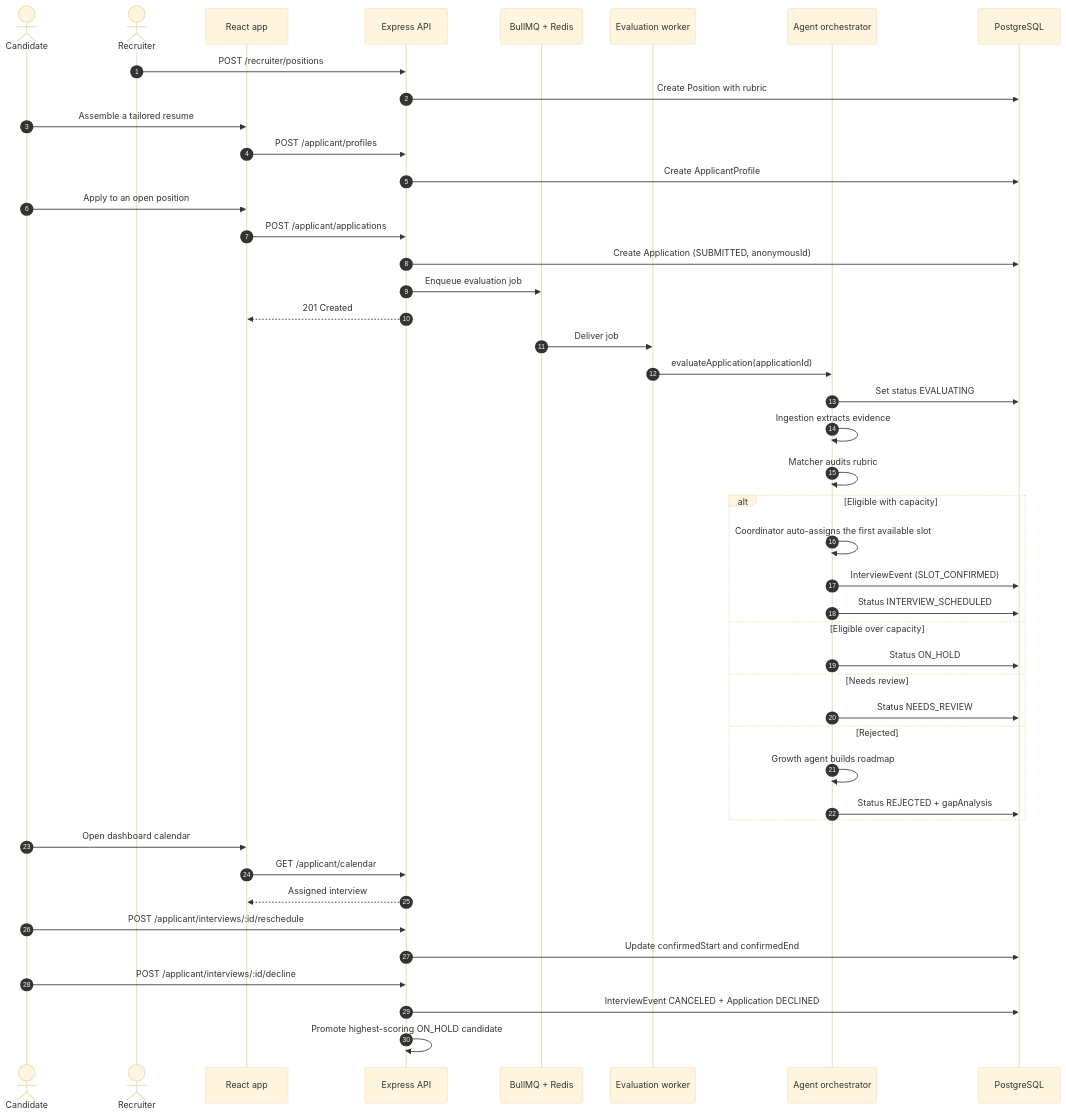
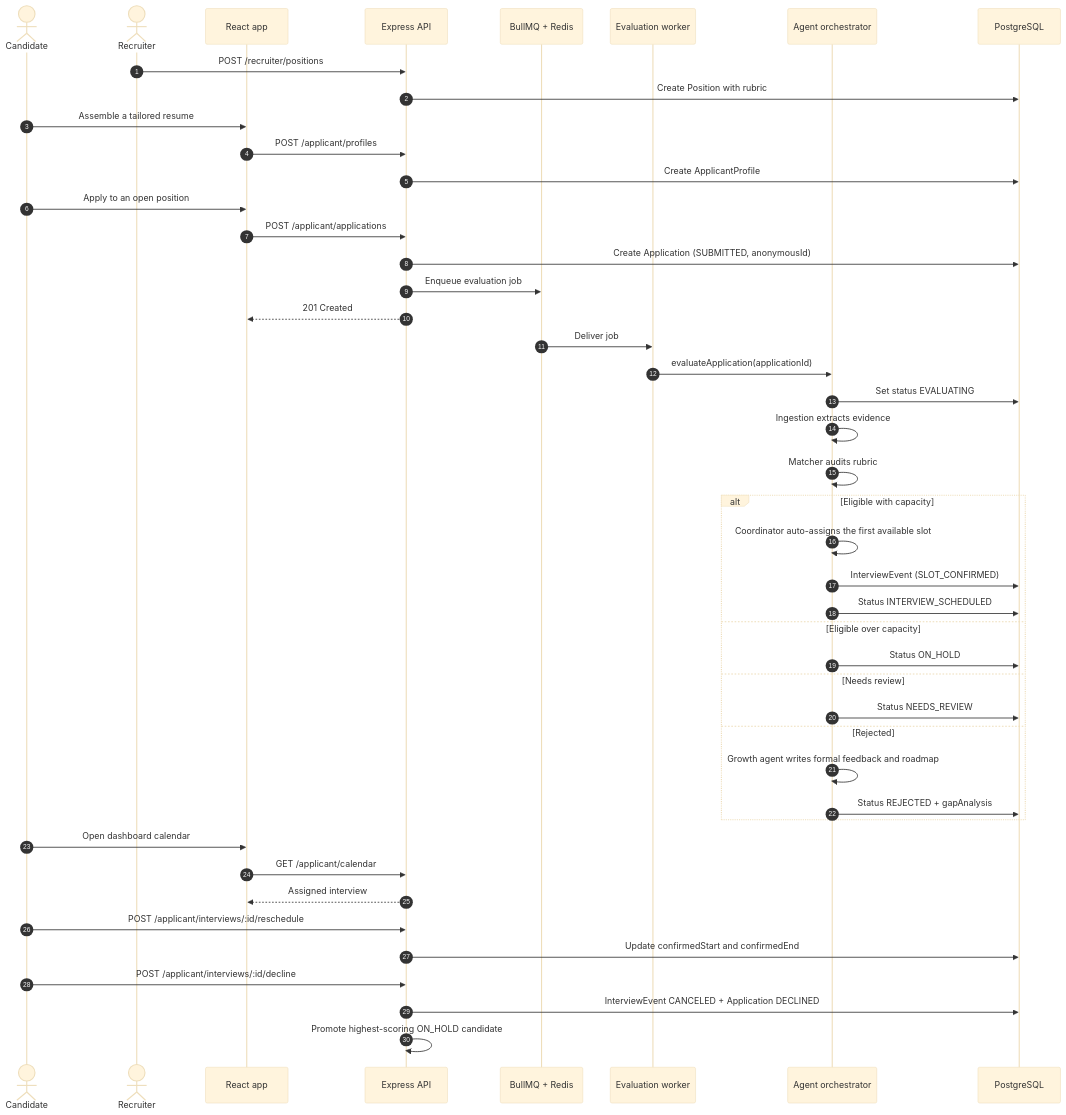
The third of 4 diagrams in README.md (abderrahmenex86/Skillora), drawn with Mermaid (base theme) before and after one commit. The commit also changed other lines of this file and 4 other files, not shown here.

Commit message:
[FEAT] Replace gap badge with formal applicant feedback

````diff
--- a/README.md
+++ b/README.md
@@ -175,53 +175,53 @@
 ```mermaid
 sequenceDiagram
     autonumber
     actor C as Candidate
     actor R as Recruiter
     participant UI as React app
     participant API as Express API
     participant Q as BullMQ + Redis
     participant W as Evaluation worker
     participant O as Agent orchestrator
     participant DB as PostgreSQL
 
     R->>API: POST /recruiter/positions
     API->>DB: Create Position with rubric
 
     C->>UI: Assemble a tailored resume
     UI->>API: POST /applicant/profiles
     API->>DB: Create ApplicantProfile
 
     C->>UI: Apply to an open position
     UI->>API: POST /applicant/applications
     API->>DB: Create Application (SUBMITTED, anonymousId)
     API->>Q: Enqueue evaluation job
     API-->>UI: 201 Created
 
     Q->>W: Deliver job
     W->>O: evaluateApplication(applicationId)
     O->>DB: Set status EVALUATING
     O->>O: Ingestion extracts evidence
     O->>O: Matcher audits rubric
 
     alt Eligible with capacity
         O->>O: Coordinator auto-assigns the first available slot
         O->>DB: InterviewEvent (SLOT_CONFIRMED)
         O->>DB: Status INTERVIEW_SCHEDULED
     else Eligible over capacity
         O->>DB: Status ON_HOLD
     else Needs review
         O->>DB: Status NEEDS_REVIEW
     else Rejected
-        O->>O: Growth agent builds roadmap
+        O->>O: Growth agent writes formal feedback and roadmap
         O->>DB: Status REJECTED + gapAnalysis
     end
 
     C->>UI: Open dashboard calendar
     UI->>API: GET /applicant/calendar
     API-->>UI: Assigned interview
     C->>API: POST /applicant/interviews/:id/reschedule
     API->>DB: Update confirmedStart and confirmedEnd
     C->>API: POST /applicant/interviews/:id/decline
     API->>DB: InterviewEvent CANCELED + Application DECLINED
     API->>API: Promote highest-scoring ON_HOLD candidate
 ```
````
